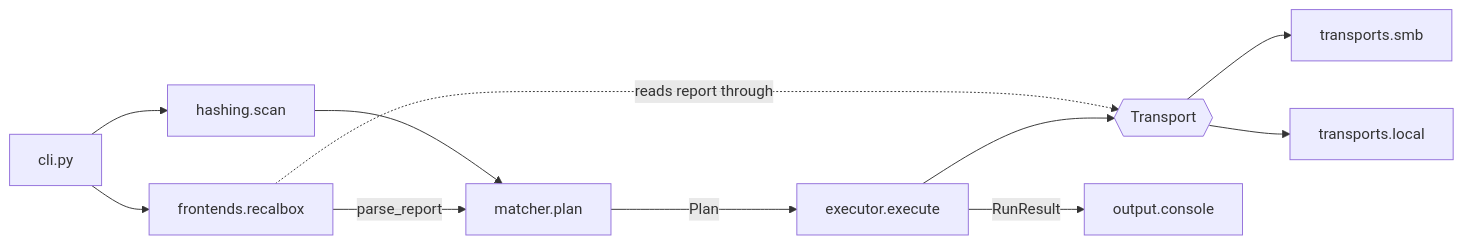
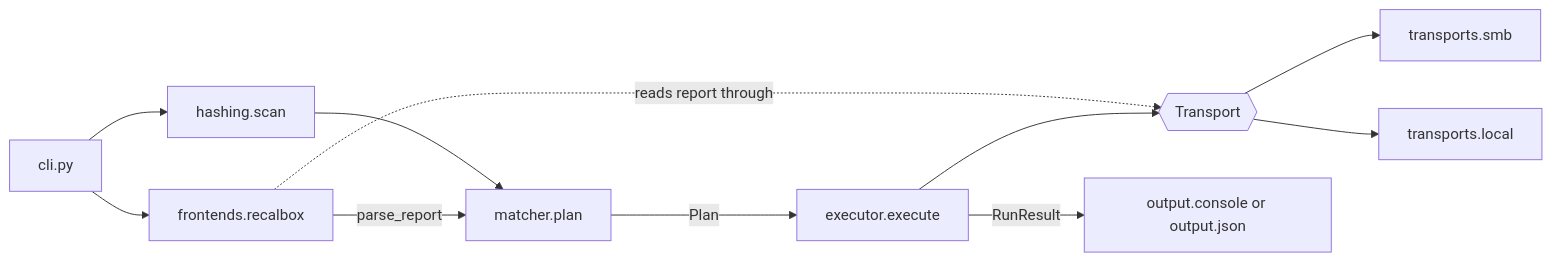
Before and after one commit to Andredson/BECK: the diagram in docs/ARCHITECTURE.md, drawn with Mermaid. The commit also changed other lines of this file and 25 other files, not shown here.

Commit message:
feat(output): add versioned JSON output for all commands

````diff
--- a/docs/ARCHITECTURE.md
+++ b/docs/ARCHITECTURE.md
@@ -39,13 +40,13 @@
 ```mermaid
 flowchart LR
     CLI[cli.py] --> FE[frontends.recalbox]
     CLI --> HS[hashing.scan]
     FE -- parse_report --> M[matcher.plan]
     HS --> M
     M -- Plan --> EX[executor.execute]
     EX --> T{{Transport}}
     T --> SMB[transports.smb]
     T --> LOC[transports.local]
     FE -. reads report through .-> T
-    EX -- RunResult --> OUT[output.console]
+    EX -- RunResult --> OUT[output.console or output.json]
 ```
````
